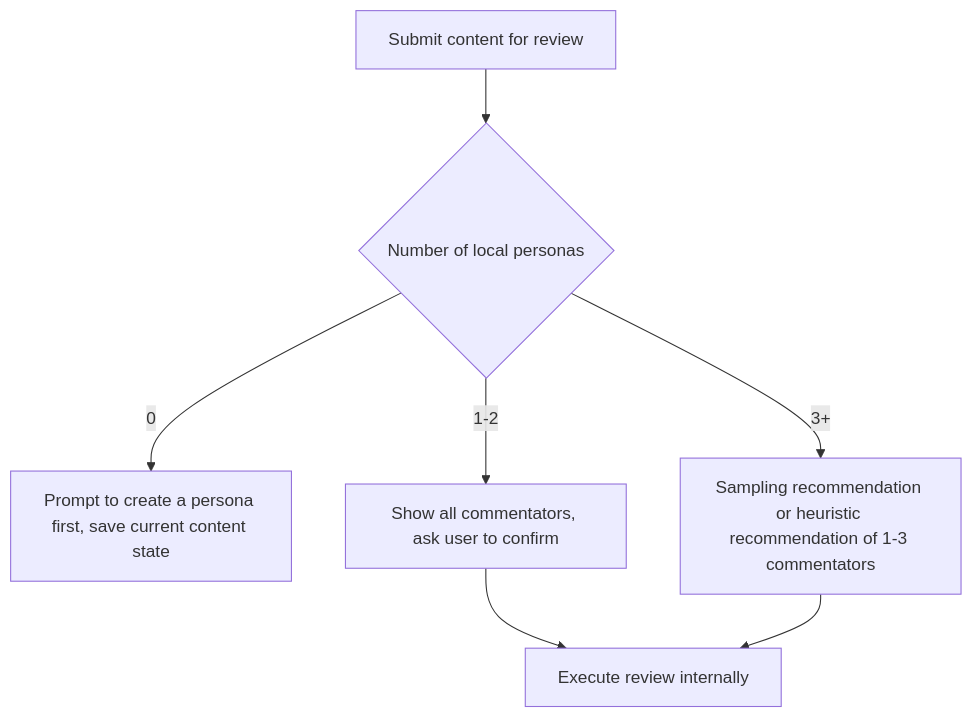
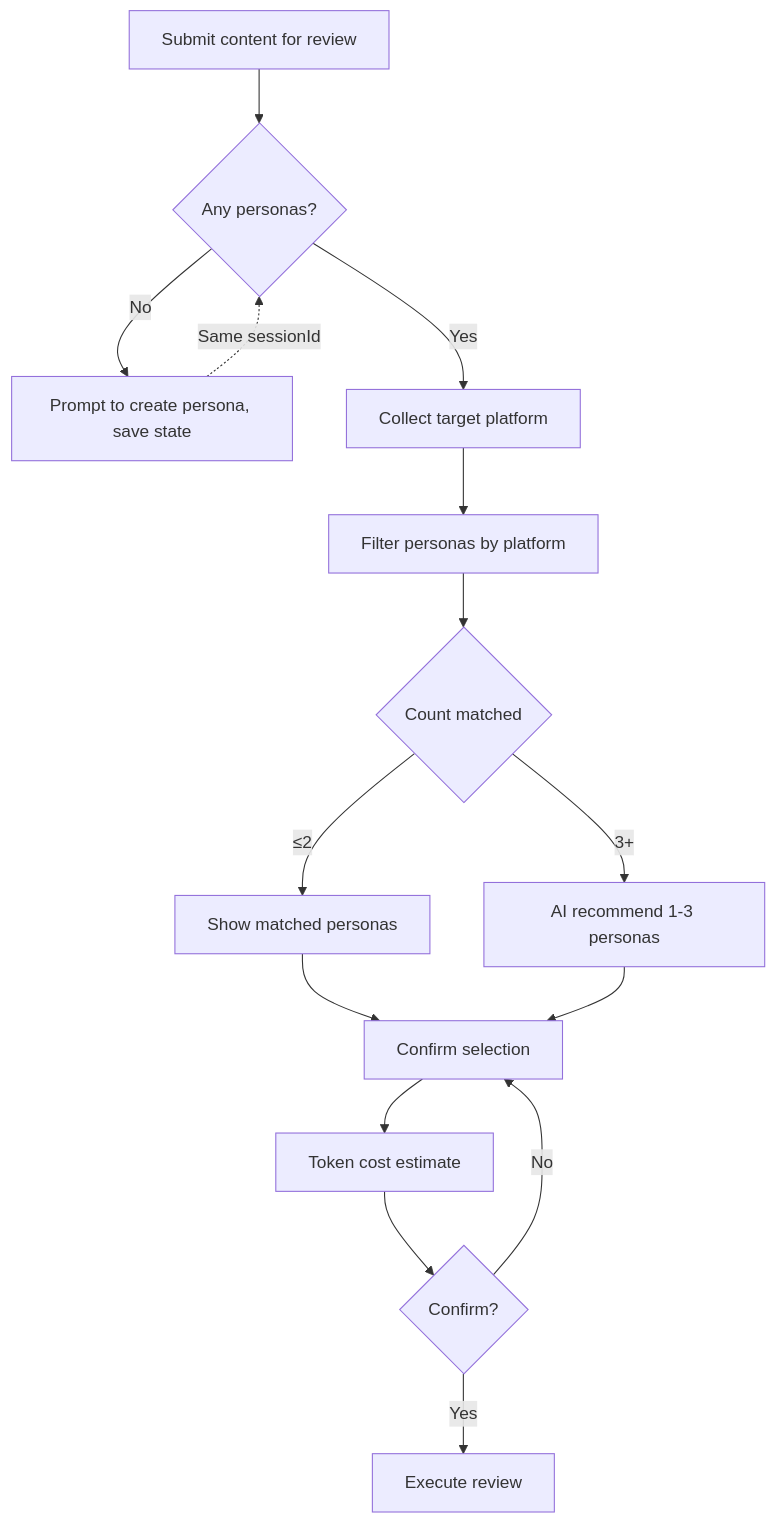
One commit to ChurzeXo/kevlar-4u changed the first of 3 diagrams in README.md. Above: the diagram before and after it, drawn with Mermaid. The commit also changed other lines of this file, not shown here.

Commit message:
docs: 对齐 README Core Workflow 与实际功能逻辑
- 修复 delete/configure wizard 确认短语（中文 vs 英文不一致）
- 移除未注册的 create_persona 工具表条目
- 审稿流程图补充 collectPlatforms 步骤和 token 费用估算
- 创建人设流程图补充 tone/authorRelation 两步（4步→6步）
- 更新工具表格描述反映真实流程

````diff
--- a/README.md
+++ b/README.md
@@ -109,9 +108,17 @@
 ```mermaid
 flowchart TD
-  A["Submit content for review"] --> B{"Number of local personas"}
-  B -->|0| C["Prompt to create a persona first, save current content state"]
-  B -->|1-2| D["Show all commentators, ask user to confirm"]
-  B -->|3+| E["Sampling recommendation or heuristic recommendation of 1-3 commentators"]
-  D --> F["Execute review internally"]
-  E --> F
+  A["Submit content for review"] --> B{"Any personas?"}
+  B -->|No| C["Prompt to create persona, save state"]
+  C -.->|"Same sessionId"| B
+  B -->|Yes| D["Collect target platform"]
+  D --> E["Filter personas by platform"]
+  E --> F{"Count matched"}
+  F -->|"≤2"| G["Show matched personas"]
+  F -->|"3+"| H["AI recommend 1-3 personas"]
+  G --> I["Confirm selection"]
+  H --> I
+  I --> J["Token cost estimate"]
+  J --> K{"Confirm?"}
+  K -->|Yes| L["Execute review"]
+  K -->|No| I
 ```
````
